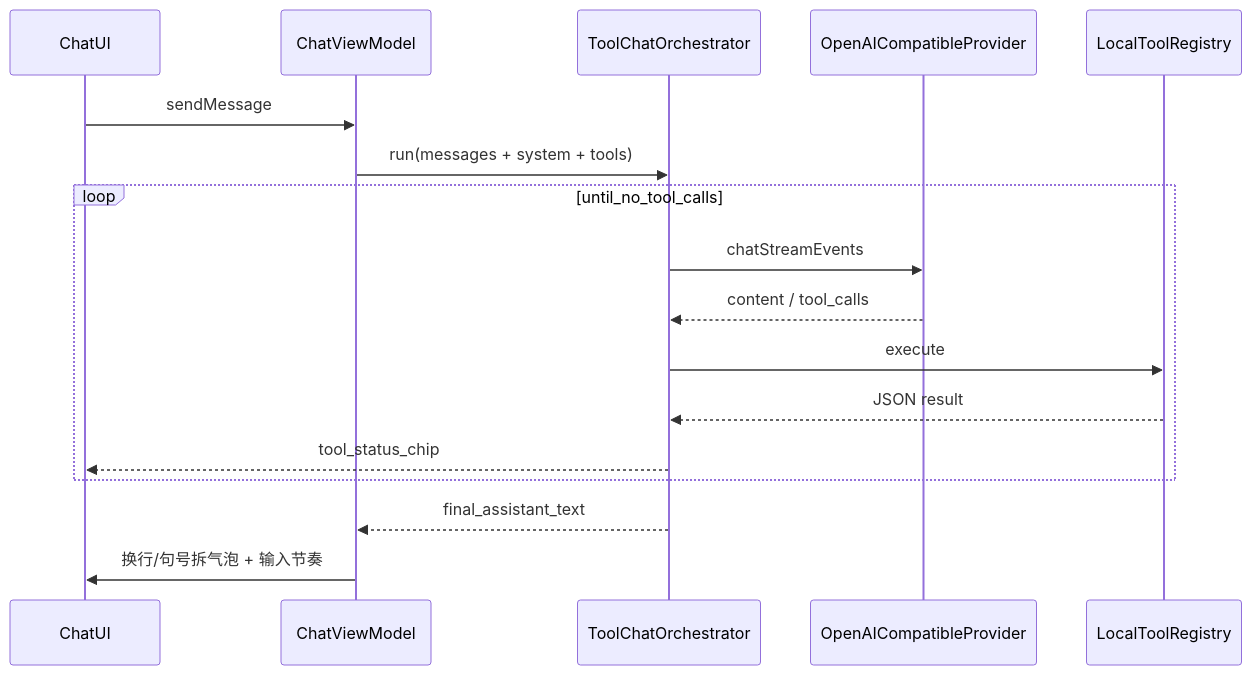
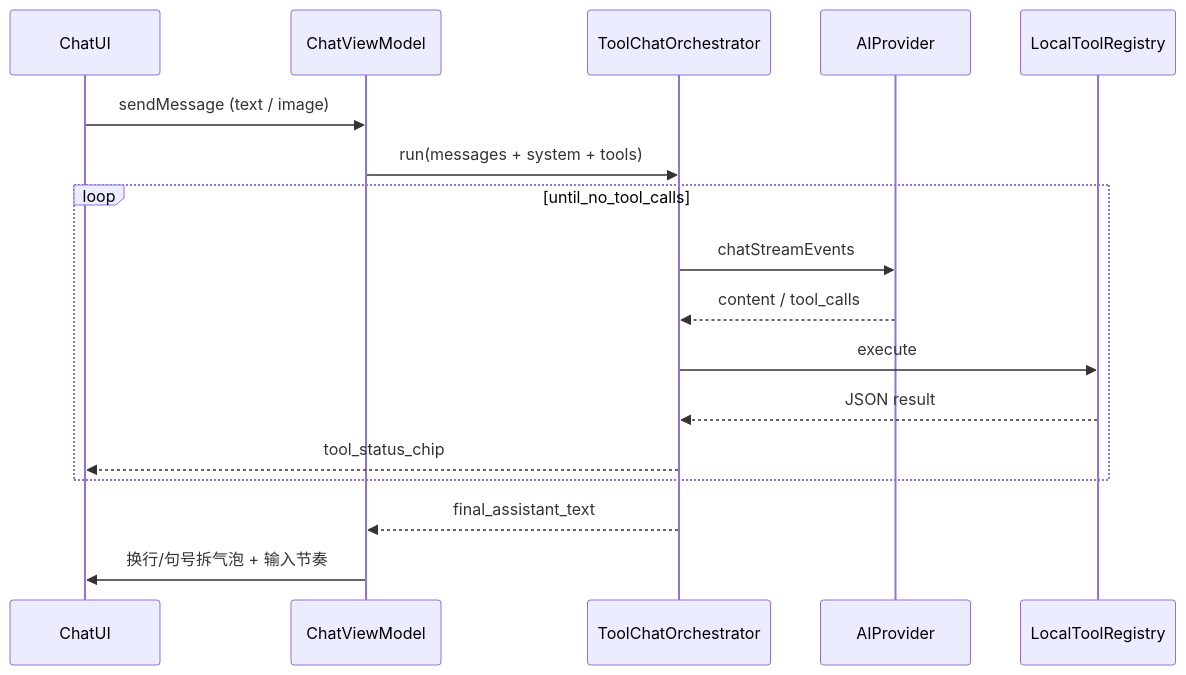
The diagram in README.md (yaoyaolin711/LingBan), drawn with Mermaid before and after one commit. The commit also changed other lines of this file, not shown here.

First line of the commit message:
Update README to reflect Solace companion UX and multi-provider stack.

````diff
--- a/README.md
+++ b/README.md
@@ -56,20 +60,20 @@
 ```mermaid
 sequenceDiagram
   participant UI as ChatUI
   participant VM as ChatViewModel
   participant Orch as ToolChatOrchestrator
-  participant API as OpenAICompatibleProvider
+  participant API as AIProvider
   participant Tools as LocalToolRegistry
 
-  UI->>VM: sendMessage
+  UI->>VM: sendMessage (text / image)
   VM->>Orch: run(messages + system + tools)
   loop until_no_tool_calls
     Orch->>API: chatStreamEvents
     API-->>Orch: content / tool_calls
     Orch->>Tools: execute
     Tools-->>Orch: JSON result
     Orch-->>UI: tool_status_chip
   end
   Orch-->>VM: final_assistant_text
   VM->>UI: 换行/句号拆气泡 + 输入节奏
 ```
````
